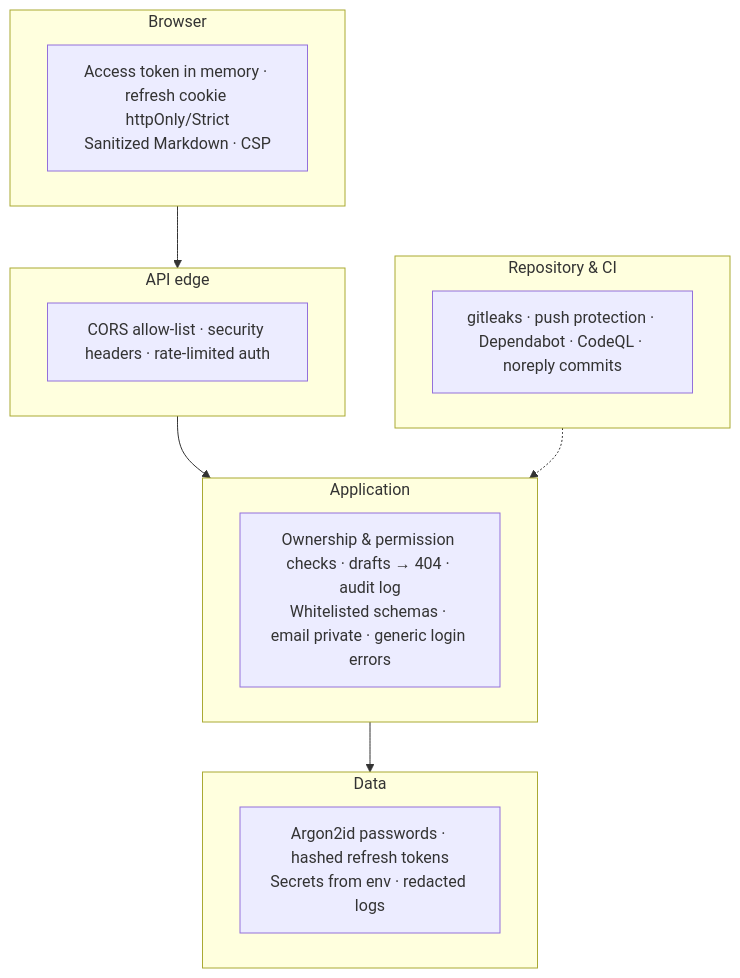
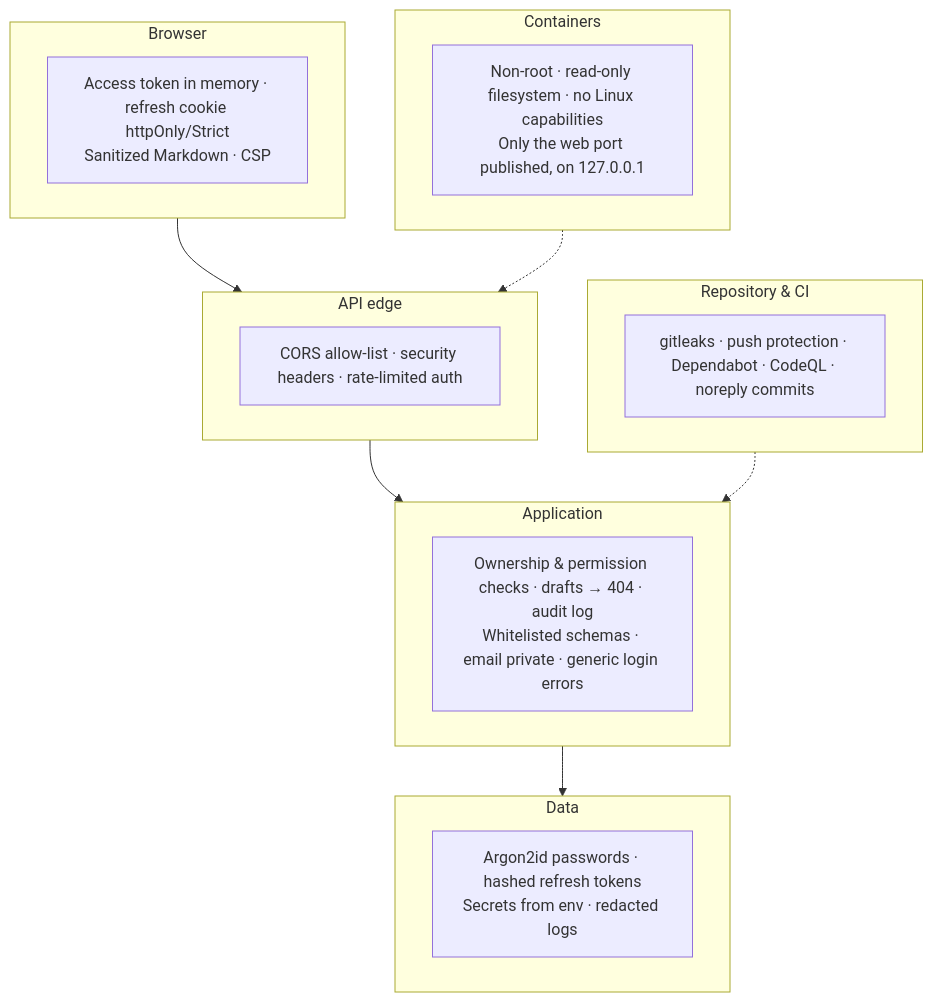
One commit to mr-laboratory/nebula changed diagram 17 of 20 in docs/architecture.md. Above: the diagram before and after it, drawn with Mermaid. The commit also changed other lines of this file and 4 other files, not shown here.

````diff
--- a/docs/architecture.md
+++ b/docs/architecture.md
@@ -298,20 +300,24 @@
 ```mermaid
 flowchart TB
     subgraph Browser
         B1["Access token in memory · refresh cookie httpOnly/Strict<br/>Sanitized Markdown · CSP"]
     end
     subgraph Edge["API edge"]
         B2["CORS allow-list · security headers · rate-limited auth"]
     end
     subgraph App["Application"]
         B3["Ownership & permission checks · drafts → 404 · audit log<br/>Whitelisted schemas · email private · generic login errors"]
     end
     subgraph Data
         B4["Argon2id passwords · hashed refresh tokens<br/>Secrets from env · redacted logs"]
     end
     subgraph Repo["Repository & CI"]
         B5["gitleaks · push protection · Dependabot · CodeQL · noreply commits"]
     end
+    subgraph Runtime["Containers"]
+        B6["Non-root · read-only filesystem · no Linux capabilities<br/>Only the web port published, on 127.0.0.1"]
+    end
     Browser --> Edge --> App --> Data
     Repo -.-> App
+    Runtime -.-> Edge
 ```
````
